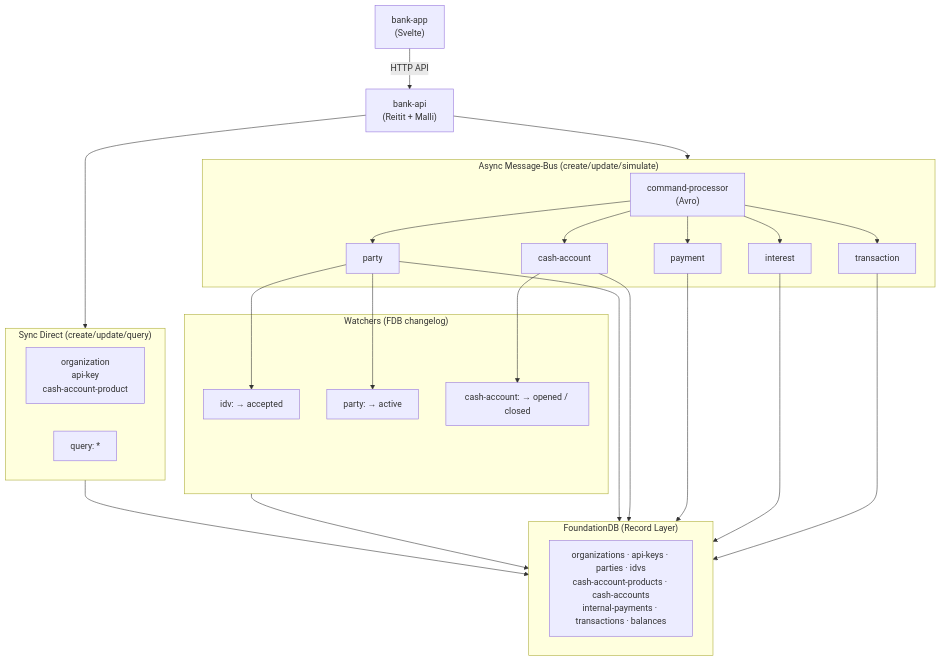
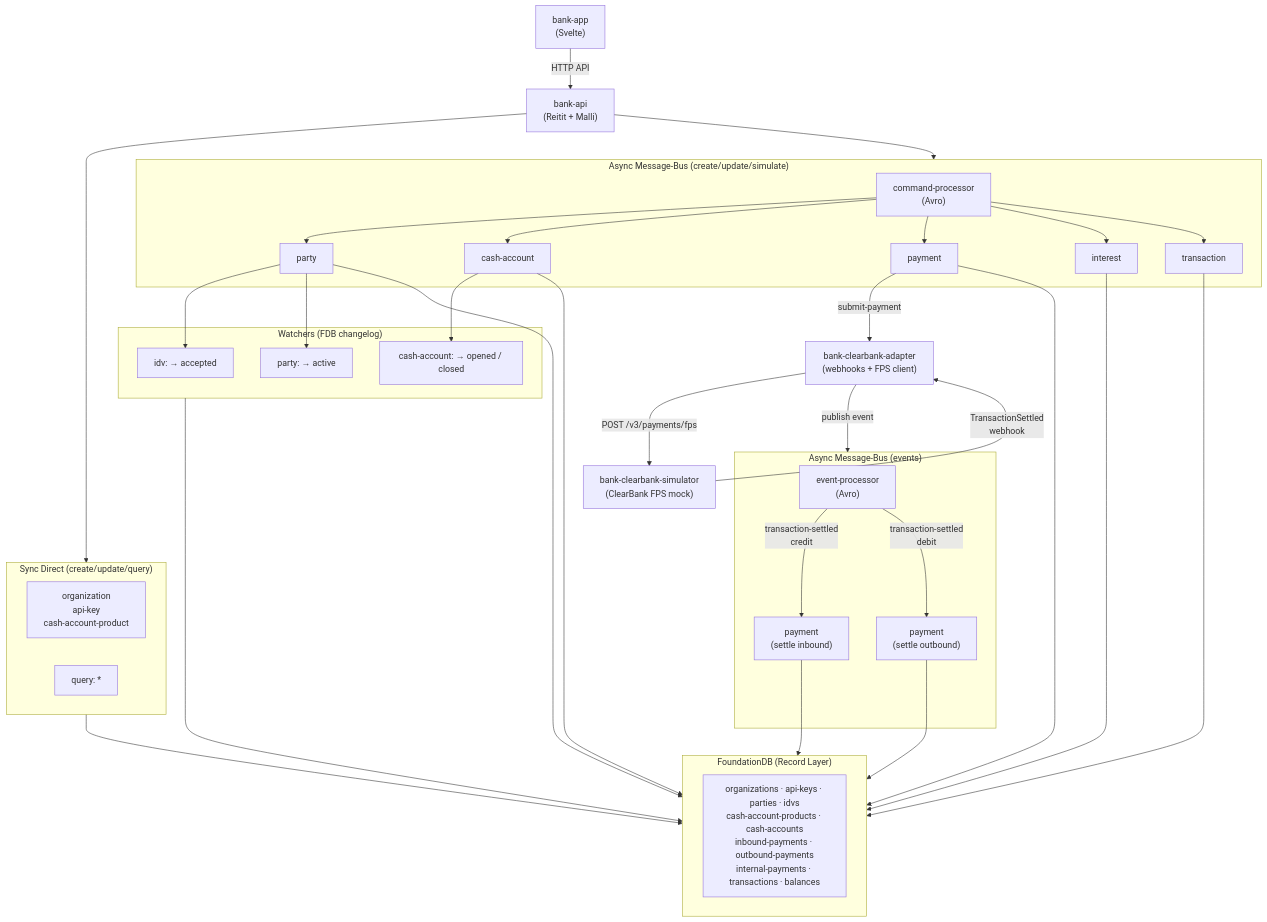
Before and after one commit to kjothen/queenswood: the diagram in readme.md, drawn with Mermaid. The commit also changed other lines of this file, not shown here.

First line of the commit message:
Update README with ClearBank adapter, simulator, and payment flows

````diff
--- a/readme.md
+++ b/readme.md
@@ -24,45 +25,60 @@
 ```mermaid
 graph TD
     APP["bank-app<br/>(Svelte)"]
     API["bank-api<br/>(Reitit + Malli)"]
+    SIM["bank-clearbank-simulator<br/>(ClearBank FPS mock)"]
+    ADAPTER["bank-clearbank-adapter<br/>(webhooks + FPS client)"]
     APP -->|HTTP API| API
 
     subgraph sync ["Sync Direct (create/update/query)"]
         SYNC_CU["organization<br/>api-key<br/>cash-account-product"]
         SYNC_Q["query: *"]
     end
 
     subgraph async ["Async Message-Bus (create/update/simulate)"]
         CP["command-processor<br/>(Avro)"]
         CP --> PARTY[party]
         CP --> CASH[cash-account]
         CP --> PAY[payment]
         CP --> INT[interest]
         CP --> TXN[transaction]
     end
 
+    subgraph events ["Async Message-Bus (events)"]
+        EP["event-processor<br/>(Avro)"]
+        EP -->|transaction-settled<br/>credit| PAY_IN["payment<br/>(settle inbound)"]
+        EP -->|transaction-settled<br/>debit| PAY_OUT["payment<br/>(settle outbound)"]
+    end
+
     API --> sync
     API --> async
+
+    PAY -->|submit-payment| ADAPTER
+    ADAPTER -->|POST /v3/payments/fps| SIM
+    SIM -->|TransactionSettled<br/>webhook| ADAPTER
+    ADAPTER -->|publish event| events
 
     subgraph watchers ["Watchers (FDB changelog)"]
         W1["idv: → accepted"]
         W2["party: → active"]
         W3["cash-account: → opened / closed"]
     end
 
     PARTY --> W1
     PARTY --> W2
     CASH --> W3
 
     subgraph fdb ["FoundationDB (Record Layer)"]
-        STORES["organizations · api-keys · parties · idvs<br/>cash-account-products · cash-accounts<br/>internal-payments · transactions · balances"]
+        STORES["organizations · api-keys · parties · idvs<br/>cash-account-products · cash-accounts<br/>inbound-payments · outbound-payments<br/>internal-payments · transactions · balances"]
     end
 
     sync --> fdb
     watchers --> fdb
     PARTY --> fdb
     CASH --> fdb
     PAY --> fdb
+    PAY_IN --> fdb
+    PAY_OUT --> fdb
     INT --> fdb
     TXN --> fdb
 ```
````
